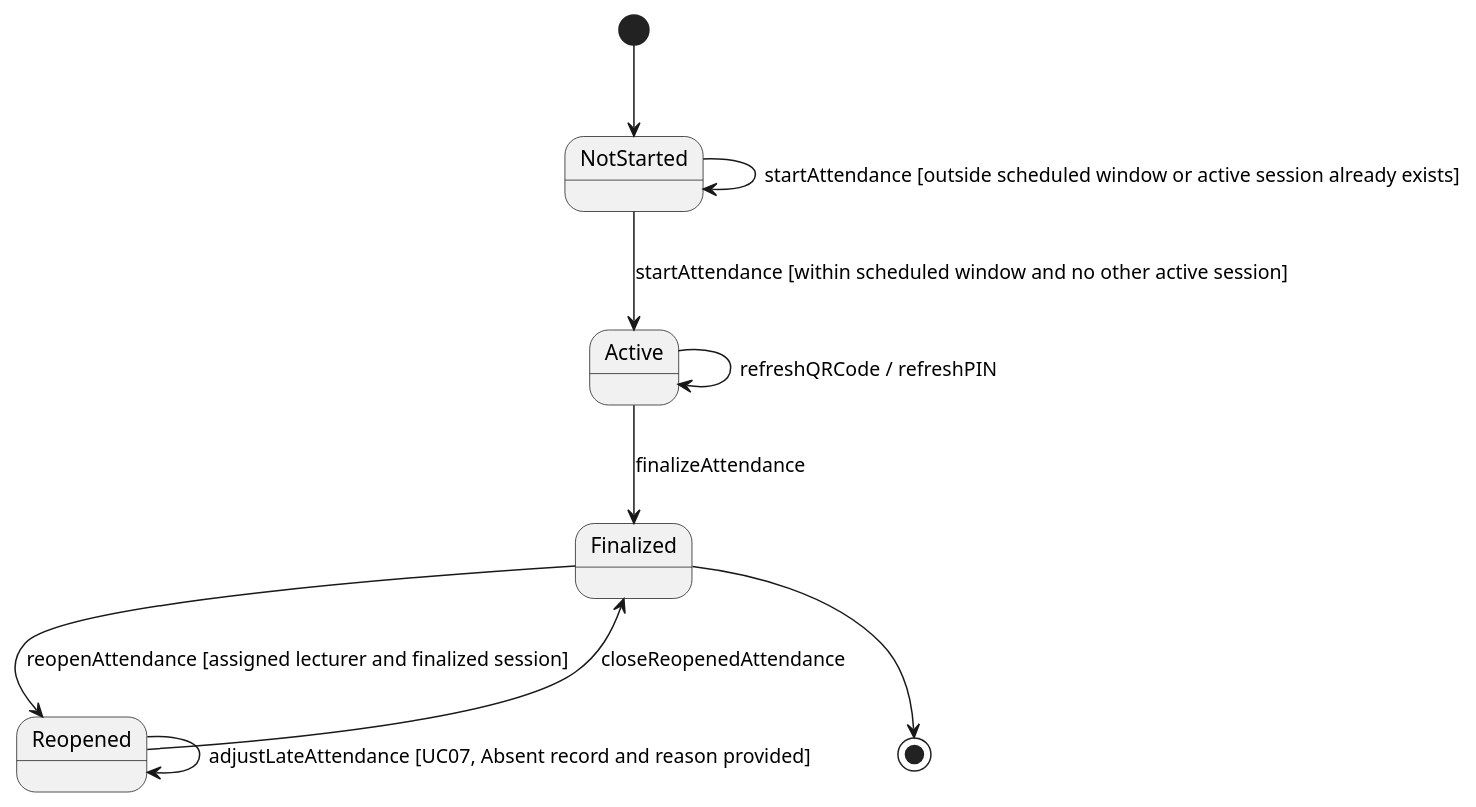
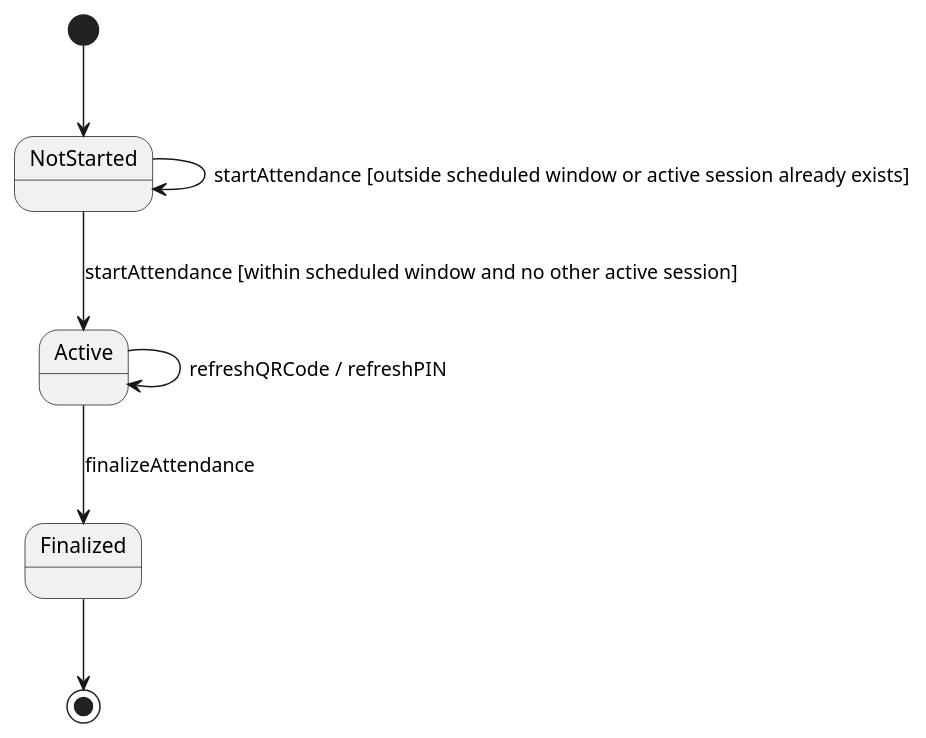
Diagram 25 of 26 in docs/rds/2_Analysis.md (nttung42/SWD392), drawn with PlantUML before and after one commit. The commit also changed other lines of this file and 3 other files, not shown here.

````diff
--- a/docs/rds/2_Analysis.md
+++ b/docs/rds/2_Analysis.md
@@ -1115,15 +1098,12 @@
 ```plantuml
 @startuml
 skinparam style strictuml
 [*] --> NotStarted
 NotStarted --> Active : startAttendance [within scheduled window and no other active session]
 NotStarted --> NotStarted : startAttendance [outside scheduled window or active session already exists]
 
 Active --> Active : refreshQRCode / refreshPIN
 Active --> Finalized : finalizeAttendance
-Finalized --> Reopened : reopenAttendance [assigned lecturer and finalized session]
-Reopened --> Reopened : adjustLateAttendance [UC07, Absent record and reason provided]
-Reopened --> Finalized : closeReopenedAttendance
 Finalized --> [*]
 @enduml
 ```
````
